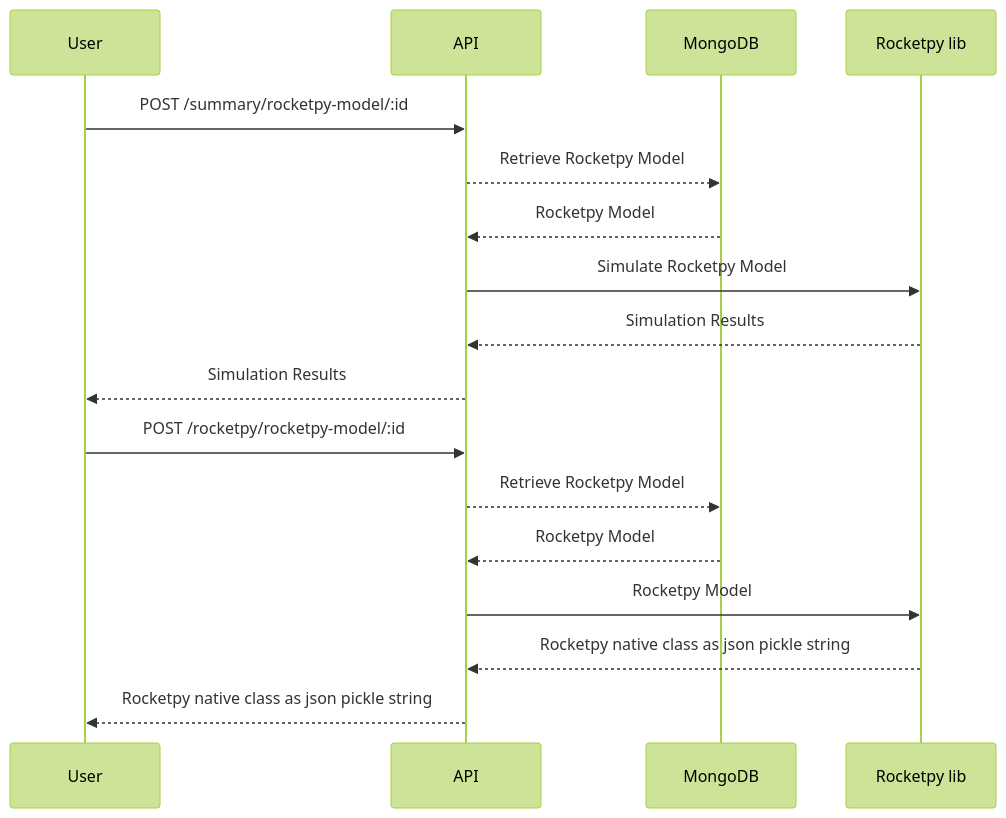
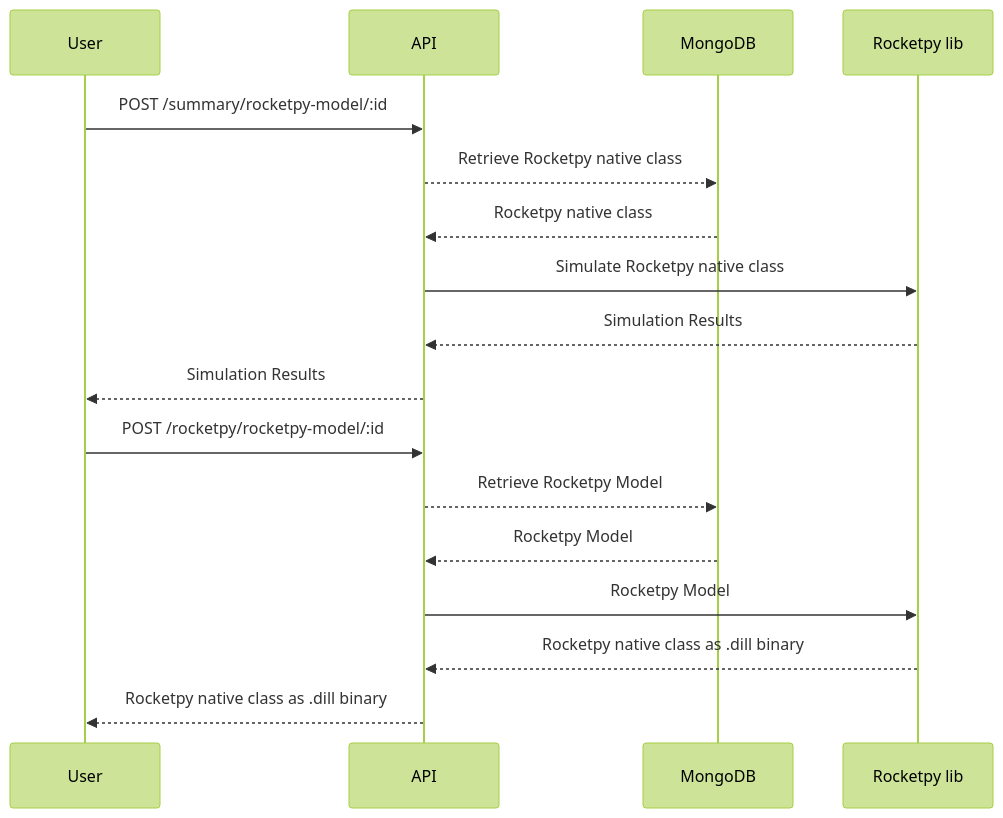
Before and after one commit to RocketPy-Team/Infinity-API: the second of 2 diagrams in README.md, drawn with Mermaid (forest theme). The commit also changed other lines of this file, not shown here.

````diff
--- a/README.md
+++ b/README.md
@@ -163,21 +163,21 @@
 ```mermaid
 sequenceDiagram
     participant User
     participant API
     participant MongoDB
     participant Rocketpy lib
 
     User ->> API: POST /summary/rocketpy-model/:id
-    API -->> MongoDB: Retrieve Rocketpy Model
-    MongoDB -->> API: Rocketpy Model
-    API ->> Rocketpy lib: Simulate Rocketpy Model
+    API -->> MongoDB: Retrieve Rocketpy native class
+    MongoDB -->> API: Rocketpy native class
+    API ->> Rocketpy lib: Simulate Rocketpy native class
     Rocketpy lib -->> API:  Simulation Results
     API -->> User: Simulation Results
 
     User ->> API: POST /rocketpy/rocketpy-model/:id
     API -->> MongoDB: Retrieve Rocketpy Model
     MongoDB -->> API: Rocketpy Model
     API ->> Rocketpy lib: Rocketpy Model
-    Rocketpy lib -->> API:  Rocketpy native class as json pickle string
-    API -->> User: Rocketpy native class as json pickle string
+    Rocketpy lib -->> API:  Rocketpy native class as .dill binary
+    API -->> User: Rocketpy native class as .dill binary
 ```
````
